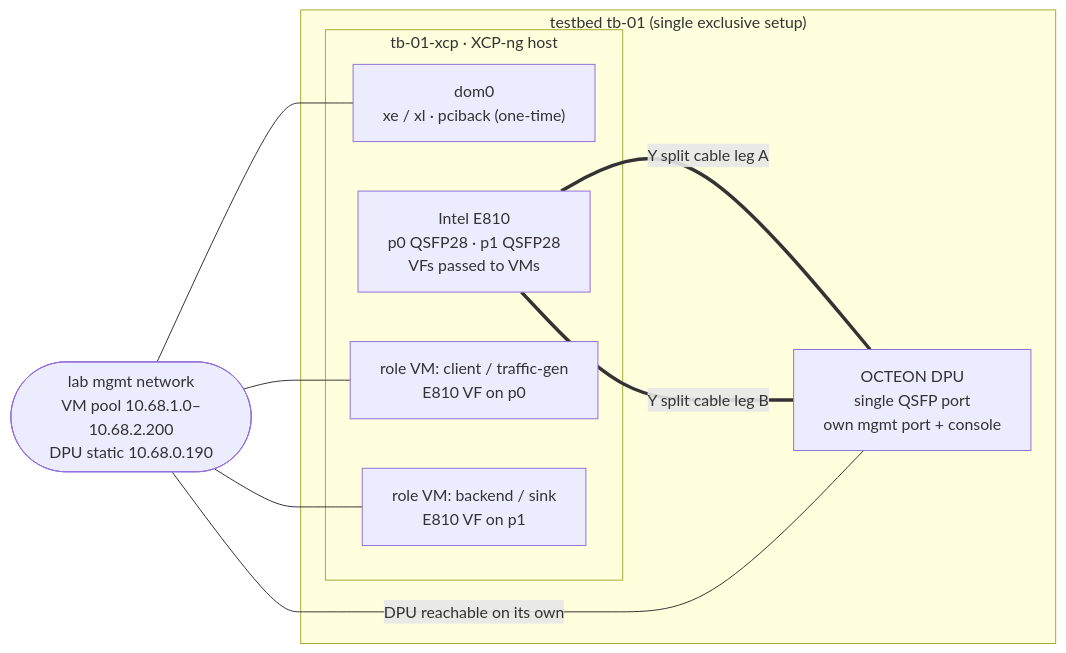
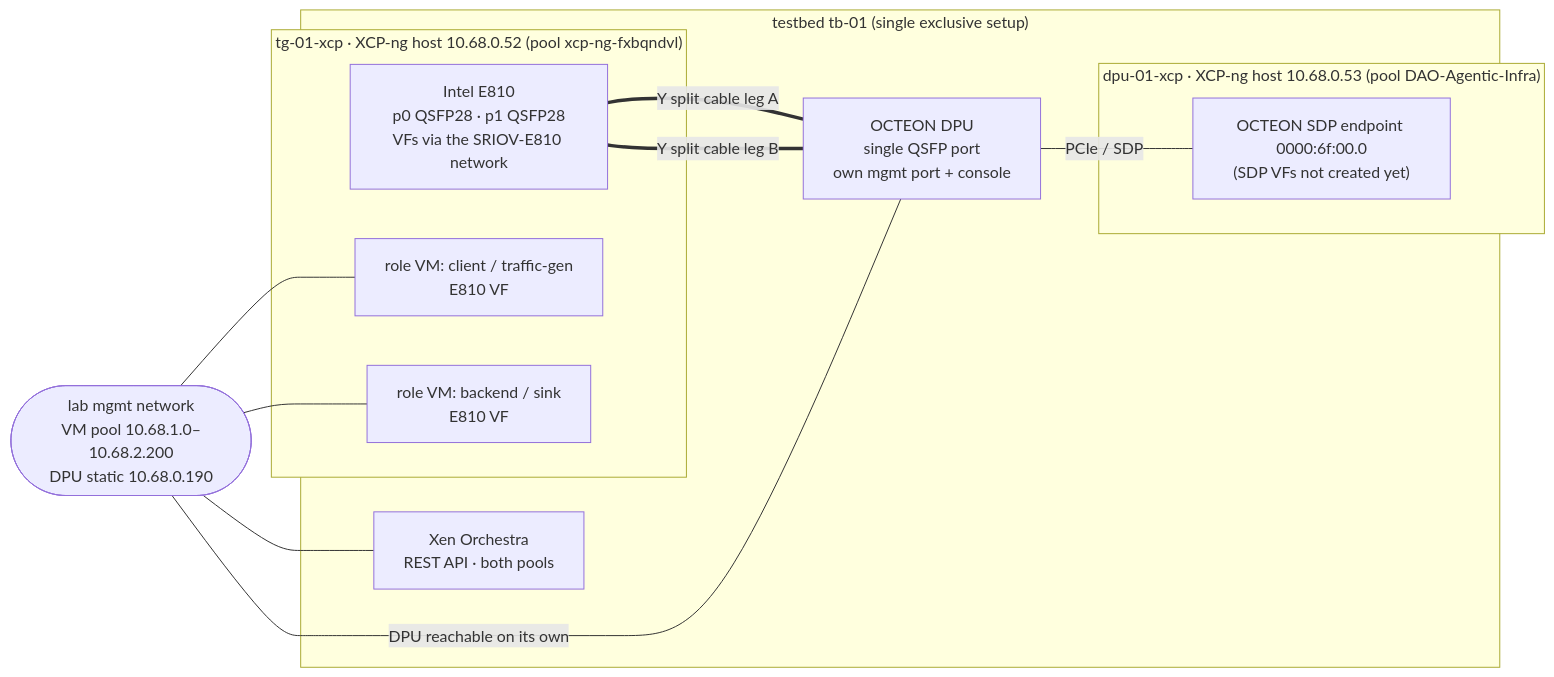
The first of 7 diagrams in plan/09-backend-system-design.md (hrushikesh-sam/dao-lab-selfserve), drawn with Mermaid before and after one commit. The commit also changed other lines of this file and 4 other files, not shown here.

Commit message:
B-92: plan/09 shows the two XCP-ng hosts; mistakes.md A1, A7, F1, F3, D8 closed; placeholder tb-01-xcp host_vars removed

````diff
--- a/plan/09-backend-system-design.md
+++ b/plan/09-backend-system-design.md
@@ -41,19 +41,23 @@
 ```mermaid
 graph LR
     subgraph TB["testbed tb-01 (single exclusive setup)"]
-        subgraph HOST["tb-01-xcp · XCP-ng host"]
-            DOM0["dom0<br/>xe / xl · pciback (one-time)"]
-            E810["Intel E810<br/>p0 QSFP28 · p1 QSFP28<br/>VFs passed to VMs"]
-            VM1["role VM: client / traffic-gen<br/>E810 VF on p0"]
-            VM2["role VM: backend / sink<br/>E810 VF on p1"]
+        subgraph TGX["tg-01-xcp · XCP-ng host 10.68.0.52 (pool xcp-ng-fxbqndvl)"]
+            E810["Intel E810<br/>p0 QSFP28 · p1 QSFP28<br/>VFs via the SRIOV-E810 network"]
+            VM1["role VM: client / traffic-gen<br/>E810 VF"]
+            VM2["role VM: backend / sink<br/>E810 VF"]
         end
+        subgraph DPX["dpu-01-xcp · XCP-ng host 10.68.0.53 (pool DAO-Agentic-Infra)"]
+            SDPPF["OCTEON SDP endpoint 0000:6f:00.0<br/>(SDP VFs not created yet)"]
+        end
+        XO["Xen Orchestra<br/>REST API · both pools"]
         DPU["OCTEON DPU<br/>single QSFP port<br/>own mgmt port + console"]
     end
     E810 ===|"Y split cable leg A"| DPU
     E810 ===|"Y split cable leg B"| DPU
+    DPU ---|"PCIe / SDP"| SDPPF
     MGMT(["lab mgmt network<br/>VM pool 10.68.1.0–10.68.2.200<br/>DPU static 10.68.0.190"])
-    MGMT --- DOM0
+    MGMT --- XO
     MGMT --- VM1
     MGMT --- VM2
     MGMT ---|"DPU reachable on its own"| DPU
 ```
````
